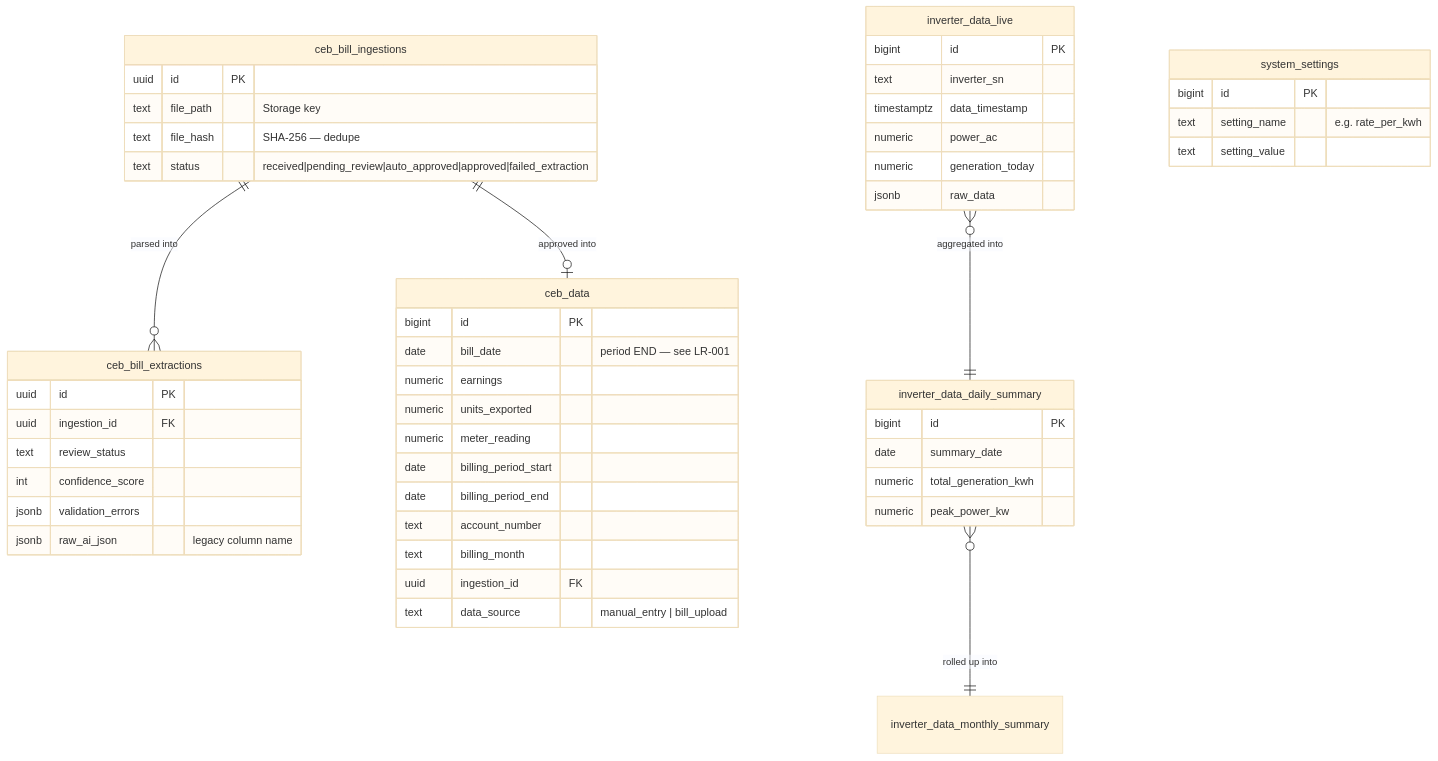
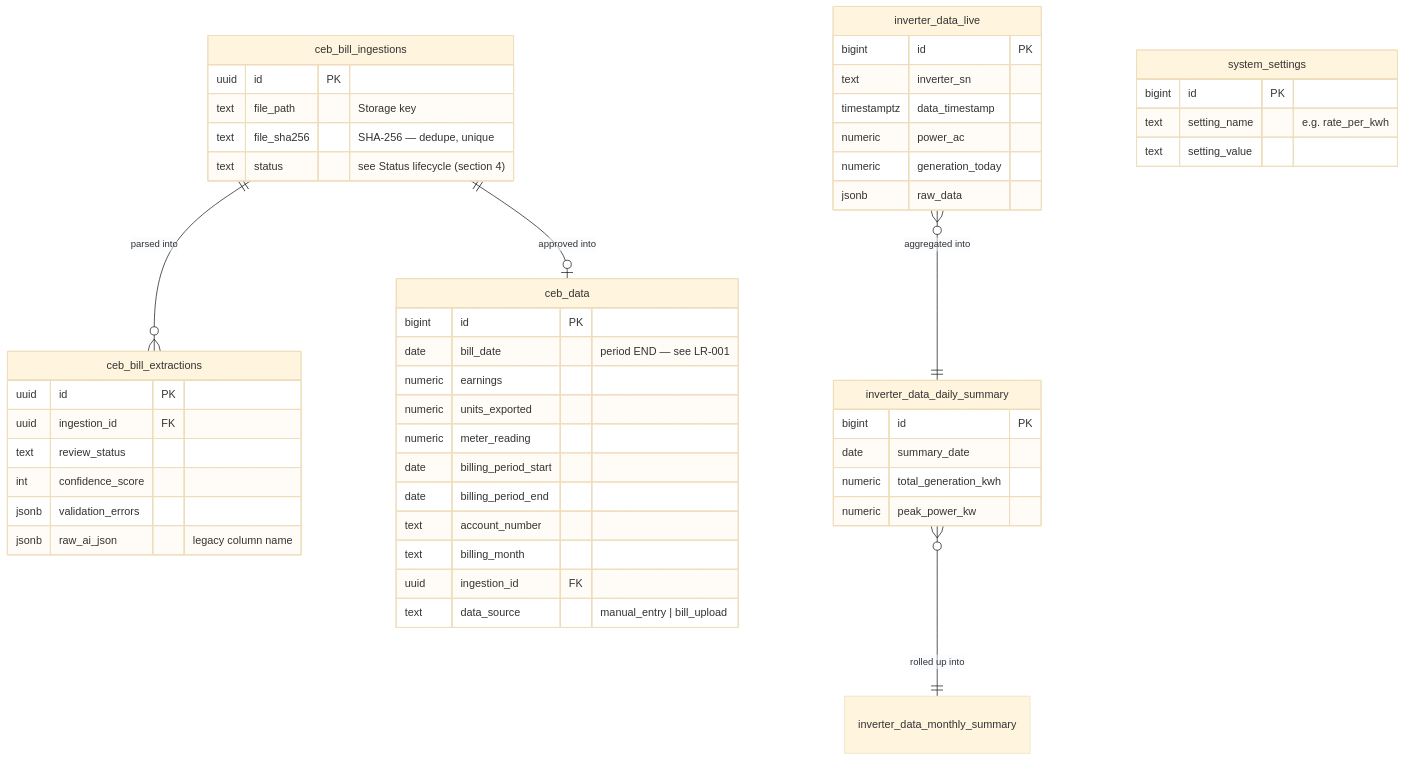
One commit to Anuja-jayasinghe/Solar-Analytics-Dashboard changed the seventh of 8 diagrams in docs/ARCHITECTURE.md. Above: the diagram before and after it, drawn with Mermaid (base theme). The commit also changed other lines of this file and 121 other files, not shown here.

````diff
--- a/docs/ARCHITECTURE.md
+++ b/docs/ARCHITECTURE.md
@@ -300,59 +339,59 @@
 ```mermaid
 erDiagram
     ceb_bill_ingestions ||--o{ ceb_bill_extractions : "parsed into"
     ceb_bill_ingestions ||--o| ceb_data : "approved into"
     inverter_data_live }o--|| inverter_data_daily_summary : "aggregated into"
     inverter_data_daily_summary }o--|| inverter_data_monthly_summary : "rolled up into"
 
     ceb_data {
         bigint id PK
         date bill_date "period END — see LR-001"
         numeric earnings
         numeric units_exported
         numeric meter_reading
         date billing_period_start
         date billing_period_end
         text account_number
         text billing_month
         uuid ingestion_id FK
         text data_source "manual_entry | bill_upload"
     }
 
     ceb_bill_ingestions {
         uuid id PK
         text file_path "Storage key"
-        text file_hash "SHA-256 — dedupe"
-        text status "received|pending_review|auto_approved|approved|failed_extraction"
+        text file_sha256 "SHA-256 — dedupe, unique"
+        text status "see Status lifecycle (section 4)"
     }
 
     ceb_bill_extractions {
         uuid id PK
         uuid ingestion_id FK
         text review_status
         int confidence_score
         jsonb validation_errors
         jsonb raw_ai_json "legacy column name"
     }
 
     inverter_data_live {
         bigint id PK
         text inverter_sn
         timestamptz data_timestamp
         numeric power_ac
         numeric generation_today
         jsonb raw_data
     }
 
     inverter_data_daily_summary {
         bigint id PK
         date summary_date
         numeric total_generation_kwh
         numeric peak_power_kw
     }
 
     system_settings {
         bigint id PK
         text setting_name "e.g. rate_per_kwh"
         text setting_value
     }
 ```
````
